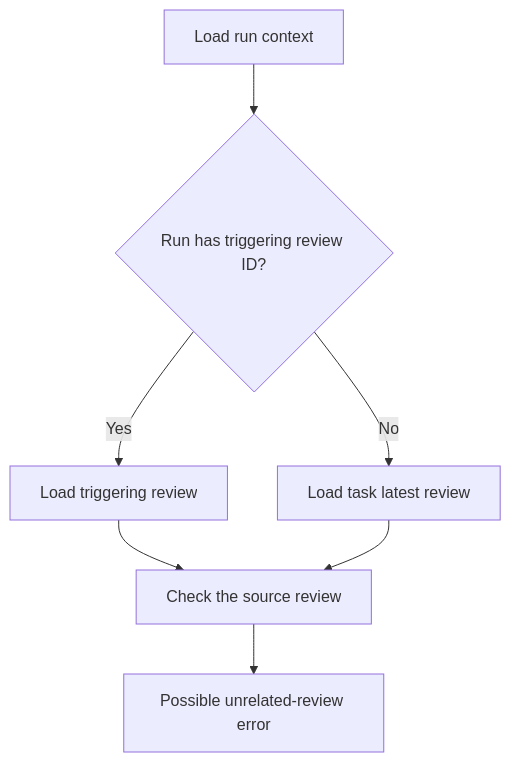
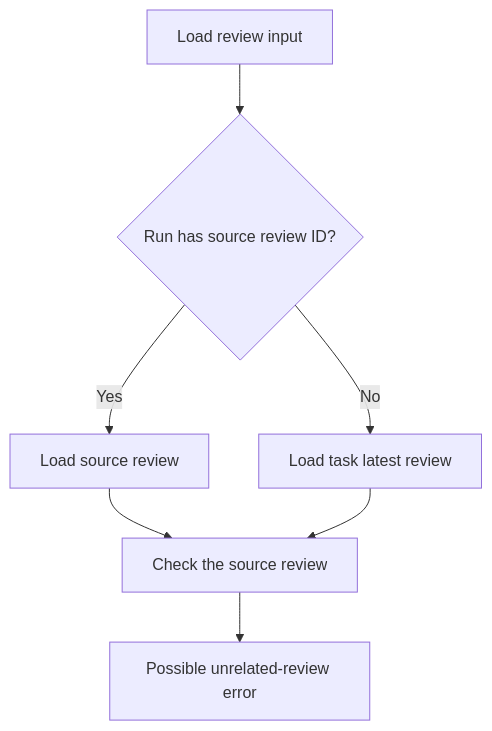
Before and after one commit to kpsuperplane/Noema: diagram 19 of 29 in docs/superpowers/plans/2026-08-08-noema-practical-reliability-roadmap.md, drawn with Mermaid. The commit also changed other lines of this file, not shown here.

Commit message:
docs: apply plain terms across roadmap

````diff
--- a/docs/superpowers/plans/2026-08-08-noema-practical-reliability-roadmap.md
+++ b/docs/superpowers/plans/2026-08-08-noema-practical-reliability-roadmap.md
@@ -1154,14 +1164,14 @@
 ```mermaid
 flowchart TD
-    A["Load run context"]
-    B{"Run has triggering review ID?"}
-    C["Load triggering review"]
+    A["Load review input"]
+    B{"Run has source review ID?"}
+    C["Load source review"]
     D["Load task latest review"]
     E["Check the source review"]
     F["Possible unrelated-review error"]
 
     A --> B
     B -->|Yes| C --> E
     B -->|No| D --> E
     E --> F
 ```
````
